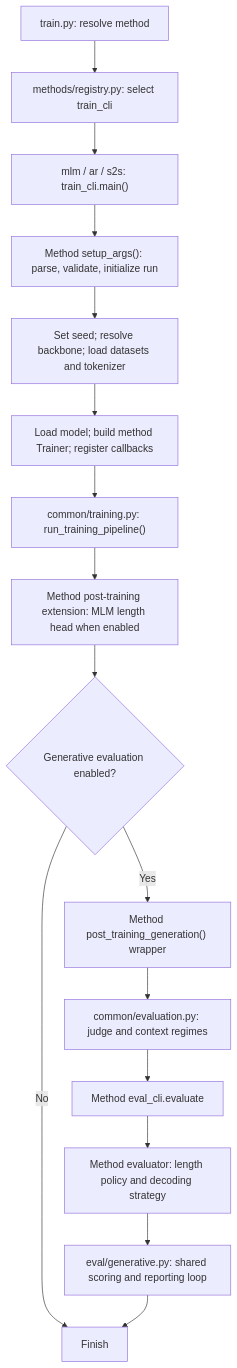
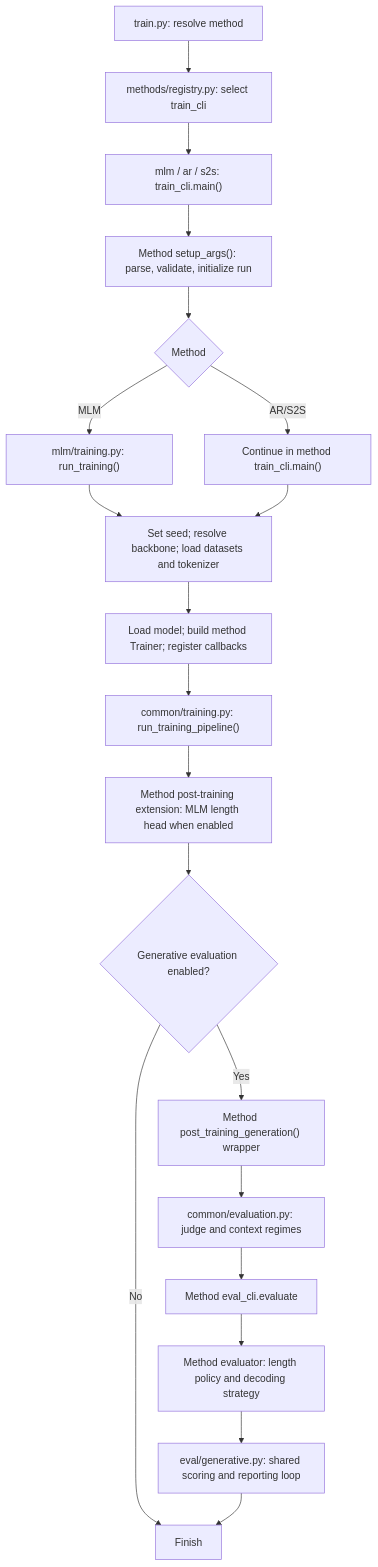
One commit to PangXH842/CDRSeqGen changed the third of 3 diagrams in cdrseqgen/methods/common/README.md. Above: the diagram before and after it, drawn with Mermaid. The commit also changed other lines of this file and 42 other files, not shown here.

Commit message:
reclaimed methods/mlm/ training block

````diff
--- a/cdrseqgen/methods/common/README.md
+++ b/cdrseqgen/methods/common/README.md
@@ -93,18 +99,22 @@
 ```mermaid
 flowchart TD
     T["train.py: resolve method"] --> R["methods/registry.py: select train_cli"]
     R --> A["mlm / ar / s2s: train_cli.main()"]
     A --> B["Method setup_args(): parse, validate, initialize run"]
-    B --> C["Set seed; resolve backbone; load datasets and tokenizer"]
+    B --> O{"Method"}
+    O -->|MLM| M["mlm/training.py: run_training()"]
+    O -->|AR/S2S| N["Continue in method train_cli.main()"]
+    M --> C["Set seed; resolve backbone; load datasets and tokenizer"]
+    N --> C
     C --> D["Load model; build method Trainer; register callbacks"]
     D --> E["common/training.py: run_training_pipeline()"]
     E --> F["Method post-training extension: MLM length head when enabled"]
     F --> G{"Generative evaluation enabled?"}
     G -->|Yes| H["Method post_training_generation() wrapper"]
     H --> I["common/evaluation.py: judge and context regimes"]
     I --> Q["Method eval_cli.evaluate"]
     Q --> J["Method evaluator: length policy and decoding strategy"]
     J --> K["eval/generative.py: shared scoring and reporting loop"]
     G -->|No| Z["Finish"]
     K --> Z
 ```
````
